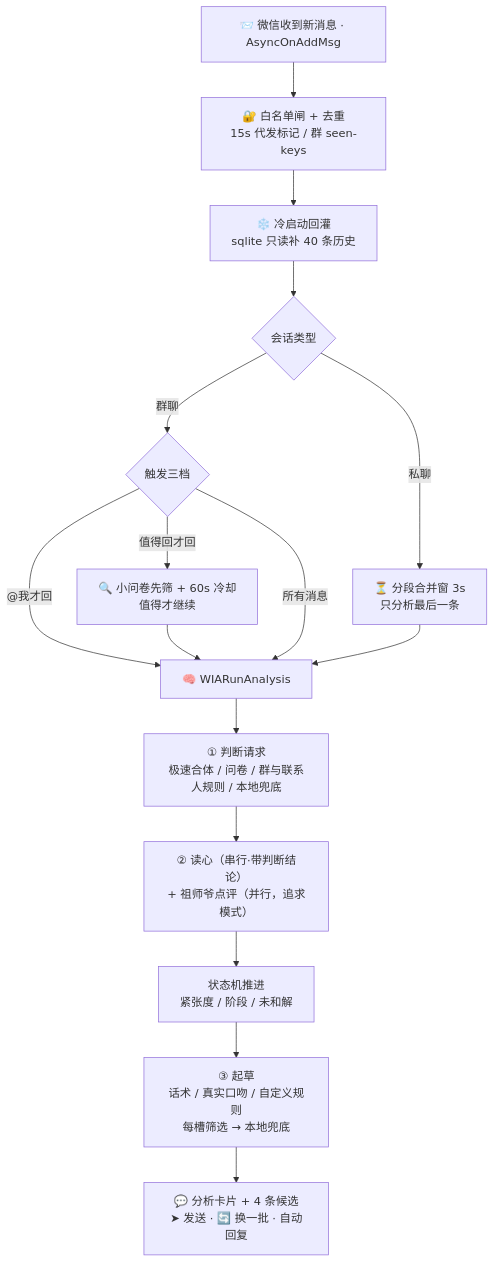
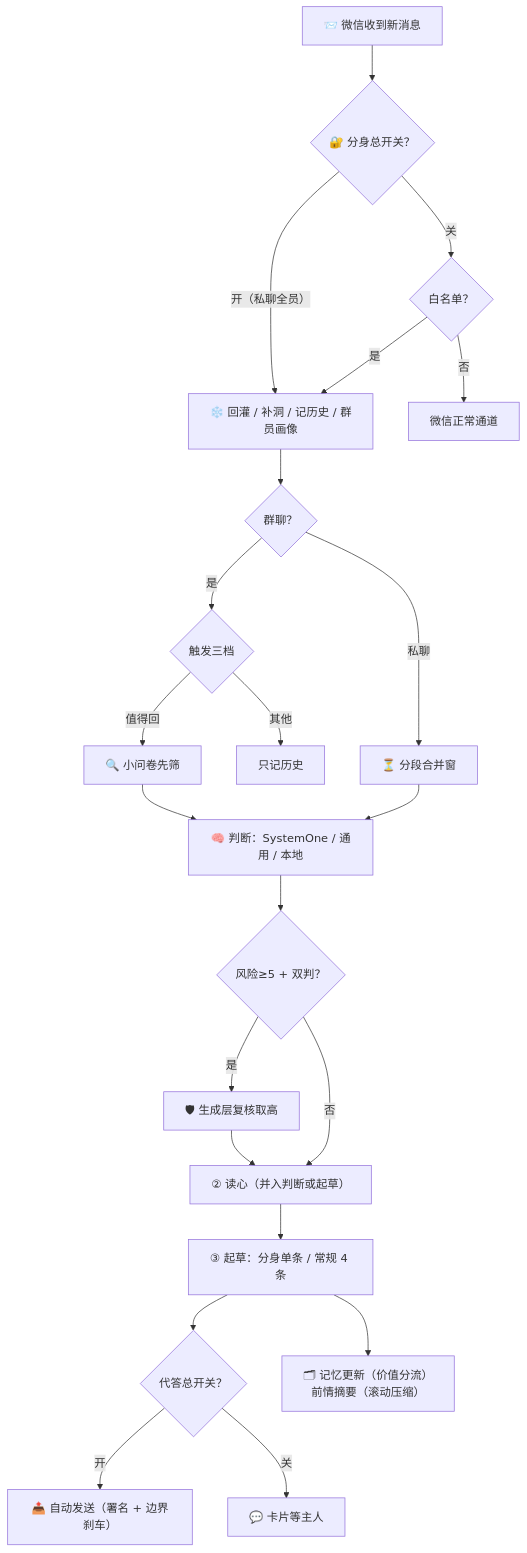
Before and after one commit to lsp199308/Jev-Chat-for-WeChat: the diagram in README.md, drawn with Mermaid. The commit also changed other lines of this file and 2 other files, not shown here.

````diff
--- a/README.md
+++ b/README.md
@@ -110,18 +101,24 @@
 ```mermaid
 flowchart TB
-    A["📨 微信收到新消息 · AsyncOnAddMsg"] --> B["🔐 白名单闸 + 去重<br/>15s 代发标记 / 群 seen-keys"]
-    B --> C["❄️ 冷启动回灌<br/>sqlite 只读补 40 条历史"]
-    C --> D{"会话类型"}
-    D -- 私聊 --> E["⏳ 分段合并窗 3s<br/>只分析最后一条"]
-    D -- 群聊 --> F{"触发三档"}
-    F -- "@我才回" --> G
-    F -- "值得回才回" --> F2["🔍 小问卷先筛 + 60s 冷却<br/>值得才继续"]
+    A["📨 微信收到新消息"] --> B{"🔐 分身总开关？"}
+    B -- "开（私聊全员）" --> C
+    B -- "关" --> B2{"白名单？"}
+    B2 -- "是" --> C
+    B2 -- "否" --> Z["微信正常通道"]
+    C["❄️ 回灌 / 补洞 / 记历史 / 群员画像"] --> D{"群聊？"}
+    D -- "是" --> F{"触发三档"}
+    F -- "值得回" --> F2["🔍 小问卷先筛"]
     F2 --> G
-    F -- "所有消息" --> G
-    E --> G["🧠 WIARunAnalysis"]
-    G --> G1["① 判断请求<br/>极速合体 / 问卷 / 群与联系人规则 / 本地兜底"]
-    G1 --> G2["② 读心（串行·带判断结论）<br/>+ 祖师爷点评（并行，追求模式）"]
-    G2 --> G3["状态机推进<br/>紧张度 / 阶段 / 未和解"]
-    G3 --> G4["③ 起草<br/>话术 / 真实口吻 / 自定义规则<br/>每槽筛选 → 本地兜底"]
-    G4 --> H["💬 分析卡片 + 4 条候选<br/>➤ 发送 · 🔄 换一批 · 自动回复"]
+    F -- "其他" --> Z2["只记历史"]
+    D -- "私聊" --> E["⏳ 分段合并窗"]
+    E --> G["🧠 判断：SystemOne / 通用 / 本地"]
+    G --> H{"风险≥5 + 双判？"}
+    H -- "是" --> H2["🛡 生成层复核取高"]
+    H2 --> G2
+    H -- "否" --> G2["② 读心（并入判断或起草）"]
+    G2 --> I["③ 起草：分身单条 / 常规 4 条"]
+    I --> J{"代答总开关？"}
+    J -- "开" --> K["📤 自动发送（署名 + 边界刹车）"]
+    J -- "关" --> L["💬 卡片等主人"]
+    I --> M["🗂 记忆更新（价值分流）<br/>前情摘要（滚动压缩）"]
 ```
````
